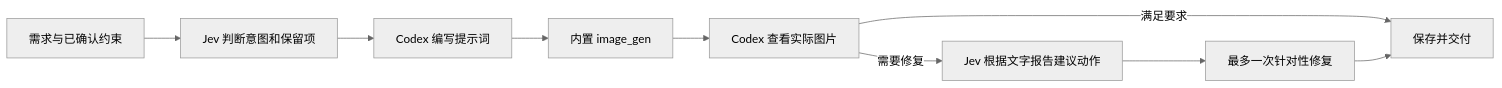
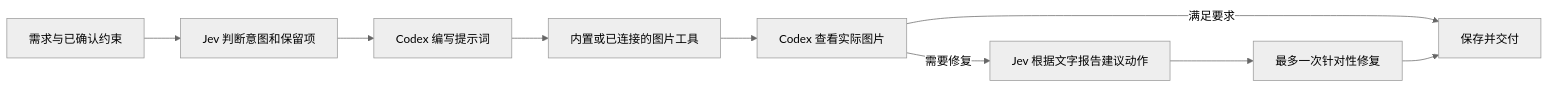
One commit to ZizhuangCui/codex-jev-imagegen changed the diagram in README.zh-CN.md. Above: the diagram before and after it, drawn with Mermaid (neutral theme). The commit also changed other lines of this file and 11 other files, not shown here.

````diff
--- a/README.zh-CN.md
+++ b/README.zh-CN.md
@@ -65,11 +65,11 @@
 ```mermaid
 flowchart LR
   A[需求与已确认约束] --> B[Jev 判断意图和保留项]
   B --> C[Codex 编写提示词]
-  C --> D[内置 image_gen]
+  C --> D[内置或已连接的图片工具]
   D --> E[Codex 查看实际图片]
   E -->|满足要求| F[保存并交付]
   E -->|需要修复| G[Jev 根据文字报告建议动作]
   G --> H[最多一次针对性修复]
   H --> F
 ```
````
